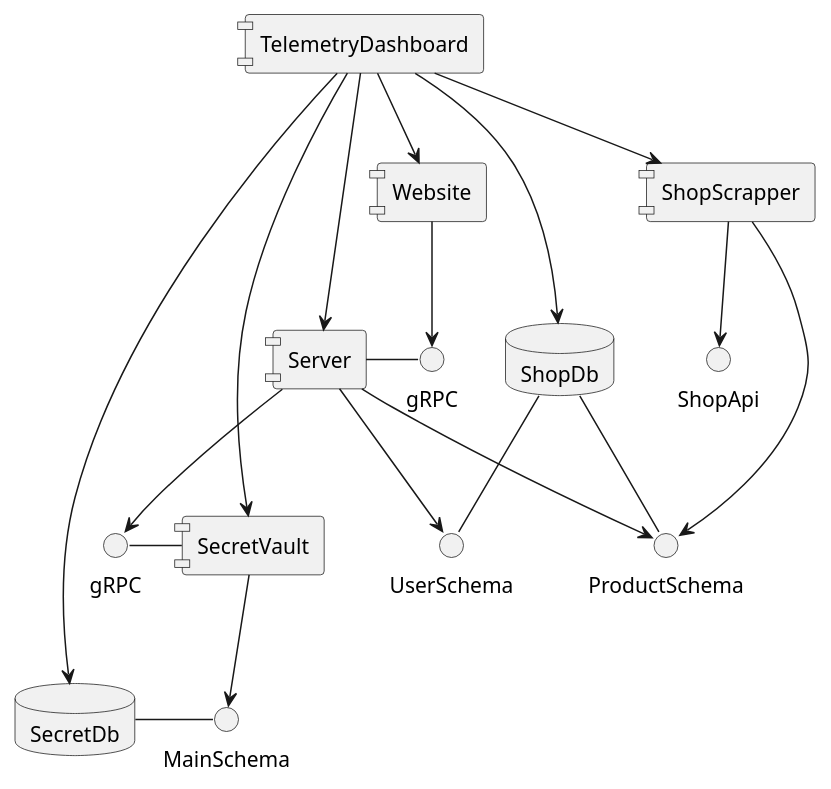
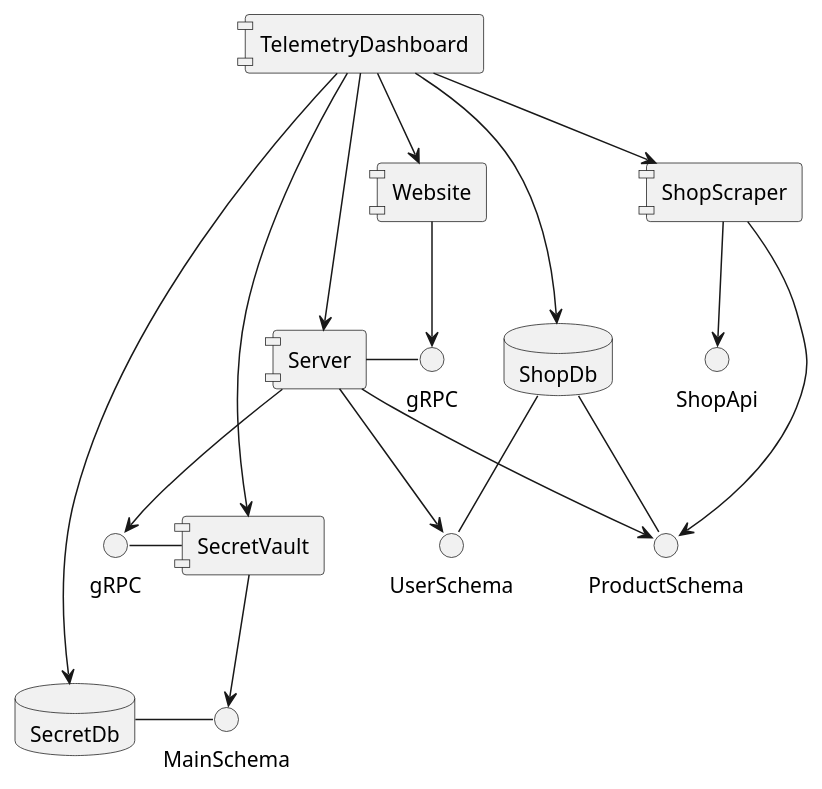
One commit to gianluisdiana/Metaspesa changed the diagram in docs/components.puml. Above: the diagram before and after it, drawn with PlantUML. The commit also changed 38 other files, not shown here.

Commit message:
style: fixing typo (scraper instead of scrapper)

```diff
--- a/docs/components.puml
+++ b/docs/components.puml
@@ -1,43 +1,43 @@
 @startuml metaspesa_components
 
 skinparam componentStyle uml1
 
 interface MainSchema
 database SecretDb
 SecretDb -right- MainSchema
 
 interface gRPC as VaultInterface
 component SecretVault
 VaultInterface -right- SecretVault
 SecretVault -down-> MainSchema
 
 interface UserSchema
 interface ProductSchema
 database ShopDb
 ShopDb -- UserSchema
 ShopDb -- ProductSchema
 
 interface gRPC as ServerInterface
 component Server
 ServerInterface -right- Server
 Server -down-> VaultInterface
 Server -down-> UserSchema
 Server -down-> ProductSchema
 
 component Website
 Website -down-> ServerInterface
 
 interface ShopApi
-component ShopScrapper
-ShopScrapper -down-> ShopApi
-ShopScrapper -down-> ProductSchema
+component ShopScraper
+ShopScraper -down-> ShopApi
+ShopScraper -down-> ProductSchema
 
 component TelemetryDashboard
 TelemetryDashboard -down-> ShopDb
 TelemetryDashboard -down-> SecretDb
 TelemetryDashboard -down-> SecretVault
 TelemetryDashboard -down-> Server
 TelemetryDashboard -down-> Website
-TelemetryDashboard -down-> ShopScrapper
+TelemetryDashboard -down-> ShopScraper
 
 @enduml
```
